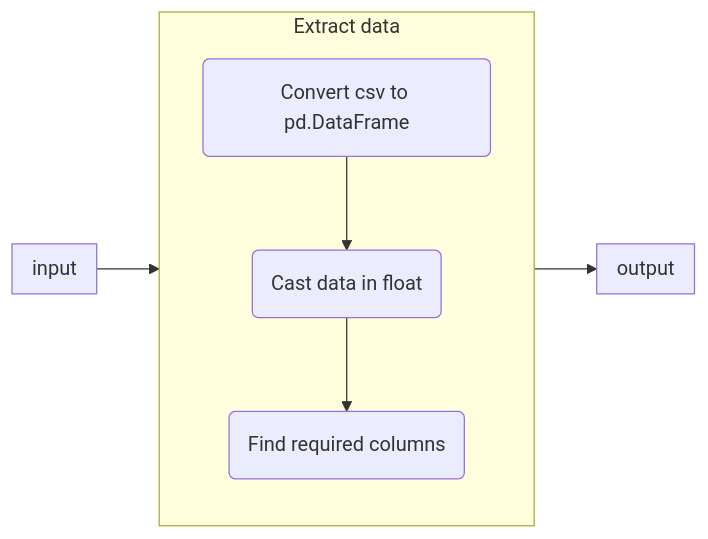
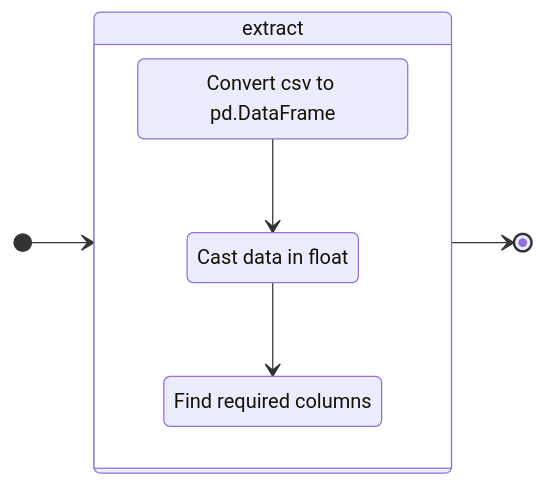
The second of 4 diagrams in README.md (farinaleo/linear_regression), drawn with Mermaid before and after one commit. The commit also changed other lines of this file, not shown here.

````diff
--- a/README.md
+++ b/README.md
@@ -38,19 +38,16 @@
 ```mermaid
-flowchart LR
-    subgraph input
-    end
-    
-    subgraph extract["Extract data"]
+stateDiagram
+    direction LR
+    state extract {
         direction TB
-            E_step1(Convert csv to pd.DataFrame)
-            E_step2(Cast data in float)
-            E_step3(Find required columns)
+            E_step1:Convert csv to pd.DataFrame
+            E_step2:Cast data in float
+            E_step3:Find required columns
             
-            E_step1 --> E_step2 --> E_step3
-    end
-    
-    subgraph output
-    end
-    
-    input --> extract --> output
+            E_step1 --> E_step2
+            E_step2 --> E_step3
+    }
+
+    [*] --> extract
+    extract --> [*]
 ```
````
